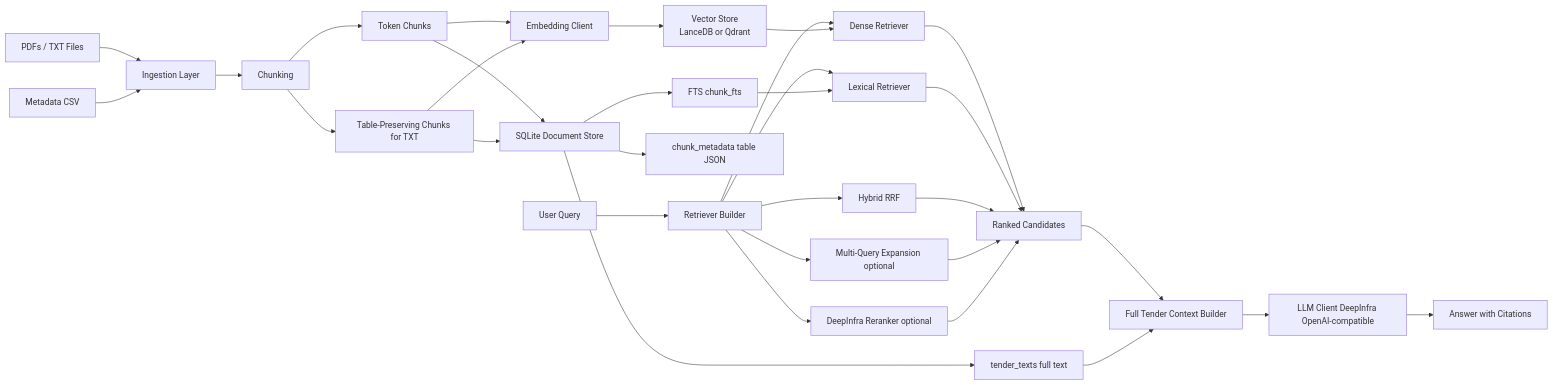
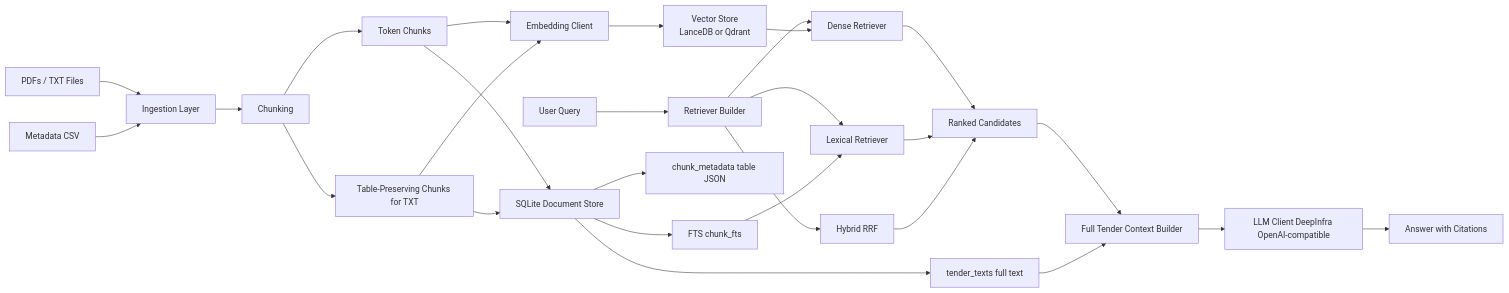
One commit to AnshumanThakur2799/RAG-FINANCE-DOCS changed the first of 3 diagrams in README.md. Above: the diagram before and after it, drawn with Mermaid. The commit also changed other lines of this file, not shown here.

````diff
--- a/README.md
+++ b/README.md
@@ -28,39 +29,35 @@
 ```mermaid
 flowchart LR
     A[PDFs / TXT Files] --> B[Ingestion Layer]
     M[Metadata CSV] --> B
 
     B --> C[Chunking]
     C --> C1[Token Chunks]
     C --> C2[Table-Preserving Chunks for TXT]
 
     C1 --> D[Embedding Client]
     C2 --> D
     D --> E[Vector Store<br/>LanceDB or Qdrant]
 
     C1 --> F[SQLite Document Store]
     C2 --> F
     F --> F1[FTS chunk_fts]
     F --> F2[tender_texts full text]
     F --> F3[chunk_metadata table JSON]
 
     Q[User Query] --> R[Retriever Builder]
     R --> R1[Dense Retriever]
     R --> R2[Lexical Retriever]
     R --> R3[Hybrid RRF]
-    R --> R4[Multi-Query Expansion optional]
-    R --> R5[DeepInfra Reranker optional]
 
     E --> R1
     F1 --> R2
     R1 --> G[Ranked Candidates]
     R2 --> G
     R3 --> G
-    R4 --> G
-    R5 --> G
 
     G --> H[Full Tender Context Builder]
     F2 --> H
     H --> I[LLM Client DeepInfra OpenAI-compatible]
     I --> O[Answer with Citations]
 ```
````
